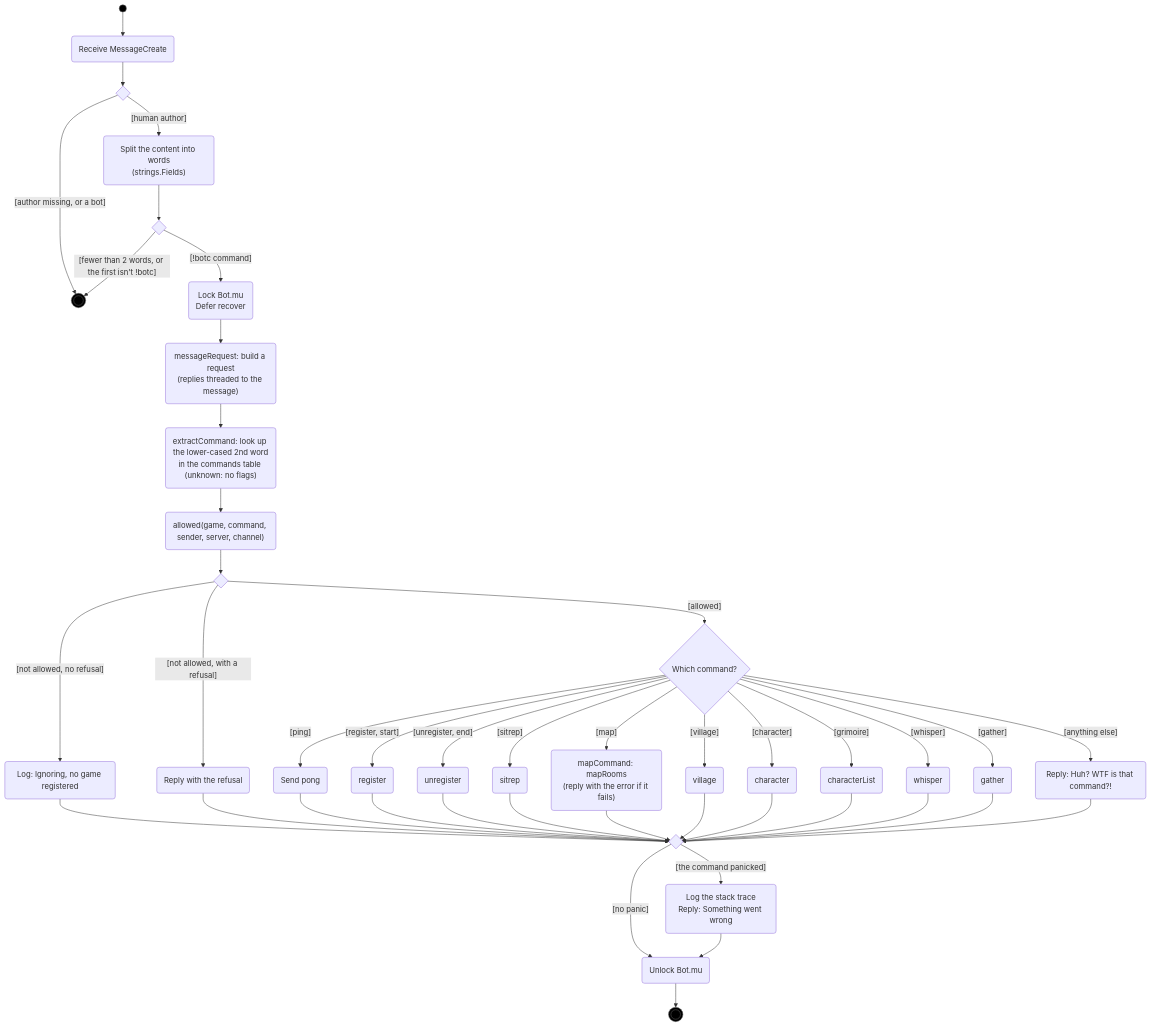
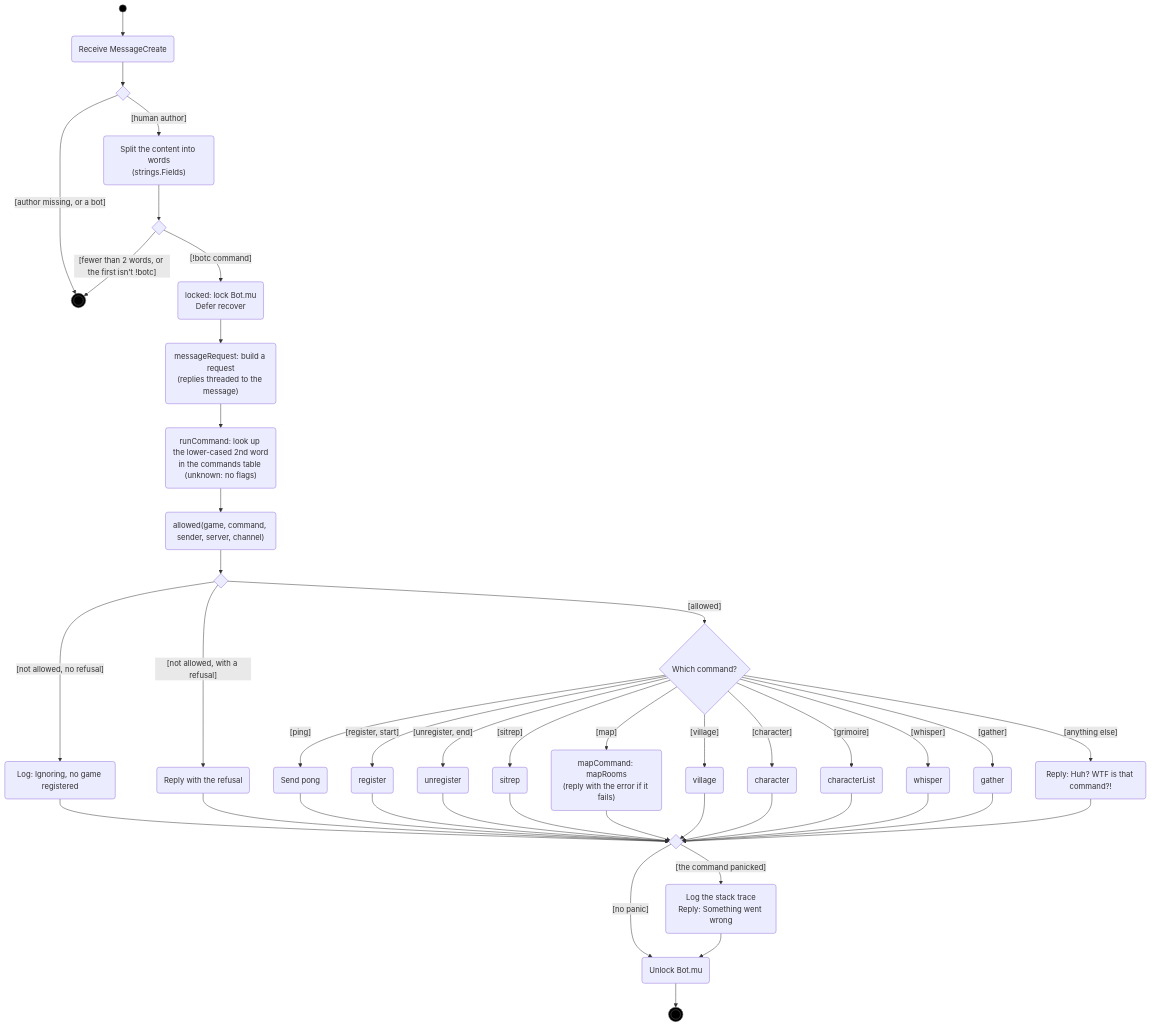
The first of 6 diagrams in docs/uml/command-dispatch.md (RAGNOARAKNOS/BotOnTheClocktower), drawn with Mermaid before and after one commit. The commit also changed other lines of this file and 33 other files, not shown here.

````diff
--- a/docs/uml/command-dispatch.md
+++ b/docs/uml/command-dispatch.md
@@ -13,36 +13,36 @@
 ```mermaid
 flowchart TD
     start((" ")):::initial --> recv("Receive MessageCreate")
     recv --> d1{" "}
     d1 -->|"[author missing, or a bot]"| ignored(((" "))):::final
     d1 -->|"[human author]"| split("Split the content into words<br/>(strings.Fields)")
     split --> d2{" "}
     d2 -->|"[fewer than 2 words, or the first isn't !botc]"| ignored
-    d2 -->|"[!botc command]"| lock("Lock Bot.mu<br/>Defer recover")
+    d2 -->|"[!botc command]"| lock("locked: lock Bot.mu<br/>Defer recover")
     lock --> build("messageRequest: build a request<br/>(replies threaded to the message)")
-    build --> lookup("extractCommand: look up the lower-cased 2nd word<br/>in the commands table (unknown: no flags)")
+    build --> lookup("runCommand: look up the lower-cased 2nd word<br/>in the commands table (unknown: no flags)")
     lookup --> allowed("allowed(game, command, sender, server, channel)")
     allowed --> dok{" "}
     dok -->|"[not allowed, no refusal]"| ign("Log: Ignoring, no game registered")
     dok -->|"[not allowed, with a refusal]"| refuse("Reply with the refusal")
     dok -->|"[allowed]"| cmd{"Which command?"}
     cmd -->|"[ping]"| ping("Send pong")
     cmd -->|"[register, start]"| reg("register")
     cmd -->|"[unregister, end]"| unreg("unregister")
     cmd -->|"[sitrep]"| sit("sitrep")
     cmd -->|"[map]"| maprooms("mapCommand: mapRooms<br/>(reply with the error if it fails)")
     cmd -->|"[village]"| vil("village")
     cmd -->|"[character]"| chr("character")
     cmd -->|"[grimoire]"| gri("characterList")
     cmd -->|"[whisper]"| whi("whisper")
     cmd -->|"[gather]"| gat("gather")
     cmd -->|"[anything else]"| wtf("Reply: Huh? WTF is that command?!")
     ign & refuse & ping & reg & unreg & sit & maprooms & vil & chr & gri & whi & gat & wtf --> merged{" "}
     merged -->|"[the command panicked]"| rec("Log the stack trace<br/>Reply: Something went wrong")
     merged -->|"[no panic]"| unlock("Unlock Bot.mu")
     rec --> unlock
     unlock --> done(((" "))):::final
 
     classDef initial fill:#000,stroke:#666
     classDef final fill:#000,stroke:#666
 ```
````
